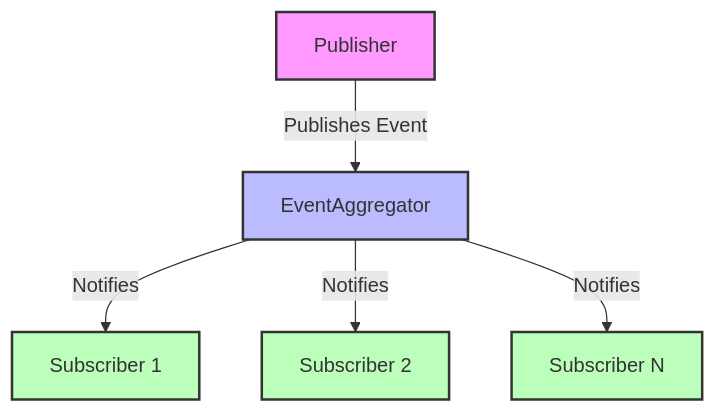
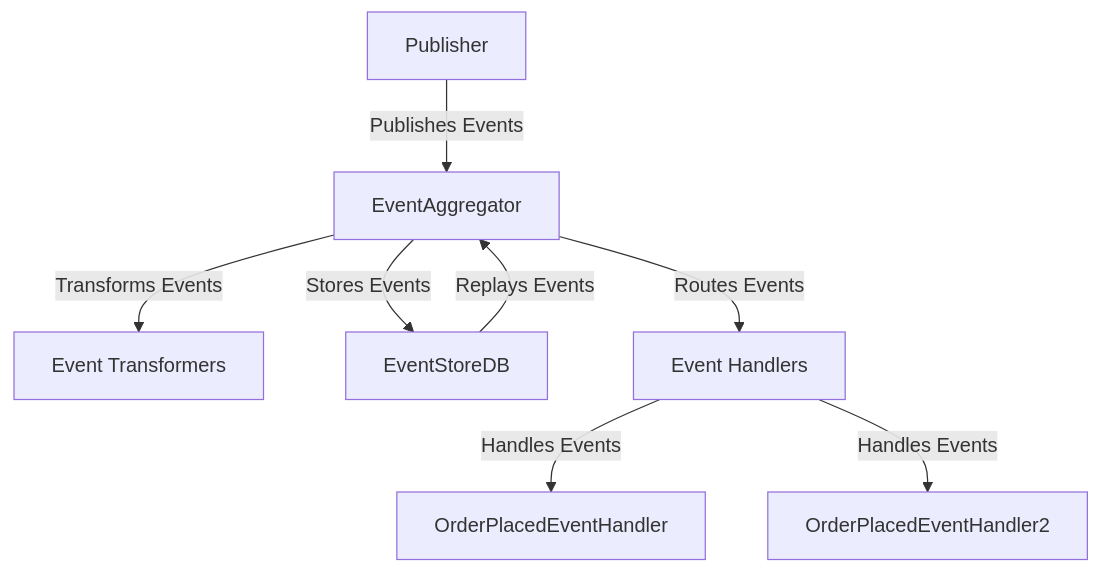
Before and after one commit to shivojha/pub-sub-pattern-poc: the first of 2 diagrams in README.md, drawn with Mermaid. The commit also changed other lines of this file and 8 other files, not shown here.

````diff
--- a/README.md
+++ b/README.md
@@ -8,13 +15,10 @@
 ```mermaid
 graph TD
-    A[Publisher] -->|Publishes Event| B[EventAggregator]
-    B -->|Notifies| C[Subscriber 1]
-    B -->|Notifies| D[Subscriber 2]
-    B -->|Notifies| E[Subscriber N]
-    
-    style A fill:#f9f,stroke:#333,stroke-width:2px
-    style B fill:#bbf,stroke:#333,stroke-width:2px
-    style C fill:#bfb,stroke:#333,stroke-width:2px
-    style D fill:#bfb,stroke:#333,stroke-width:2px
-    style E fill:#bfb,stroke:#333,stroke-width:2px
+    A[Publisher] -->|Publishes Events| B[EventAggregator]
+    B -->|Transforms Events| C[Event Transformers]
+    B -->|Stores Events| D[EventStoreDB]
+    B -->|Routes Events| E[Event Handlers]
+    E -->|Handles Events| F[OrderPlacedEventHandler]
+    E -->|Handles Events| G[OrderPlacedEventHandler2]
+    D -->|Replays Events| B
 ```
````
